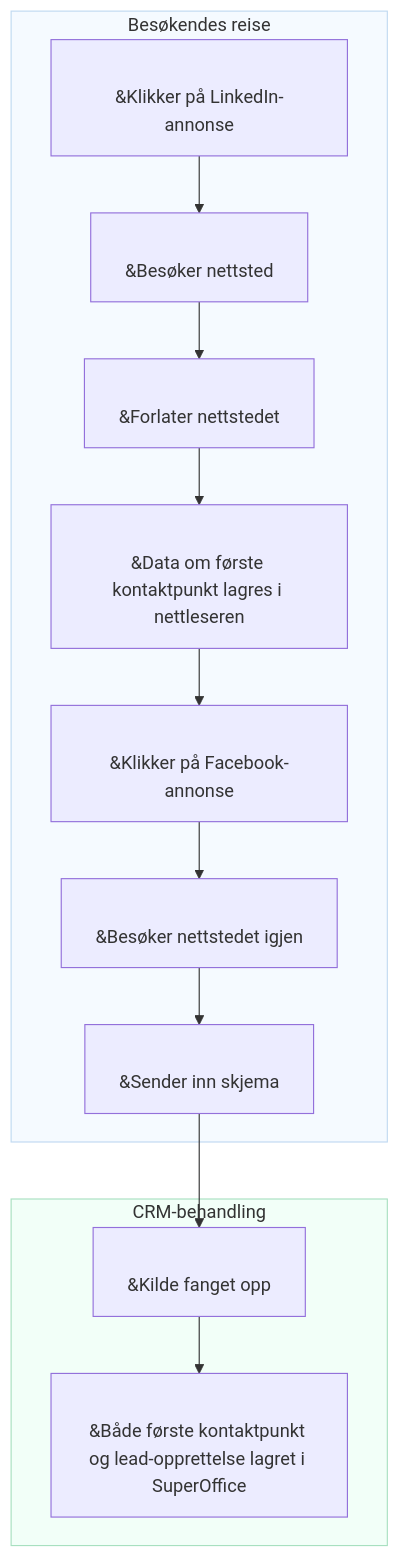
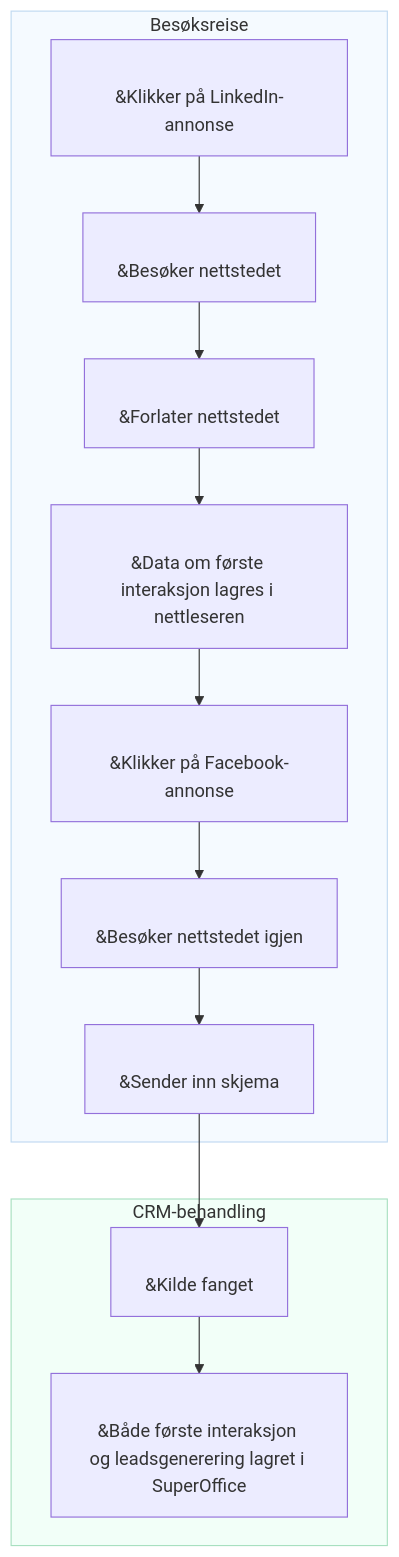
Before and after one commit to SuperOfficeDocs/superoffice-docs: the diagram in docs/no/marketing/utm/learn/index.md, drawn with Mermaid. The commit also changed other lines of this file and 6 other files, not shown here.

````diff
--- a/docs/no/marketing/utm/learn/index.md
+++ b/docs/no/marketing/utm/learn/index.md
@@ -57,19 +57,19 @@
 ```mermaid
 flowchart TD
-    subgraph Journey["Besøkendes reise"]
-        A["<br/>&#8203;Klikker på LinkedIn-annonse<br/> "] --> B["<br/>&#8203;Besøker nettsted<br/> "]
+    subgraph Journey["Besøksreise"]
+        A["<br/>&#8203;Klikker på LinkedIn-annonse<br/> "] --> B["<br/>&#8203;Besøker nettstedet<br/> "]
         B --> C["<br/>&#8203;Forlater nettstedet<br/> "]
-        C --> D["<br/>&#8203;Data om første kontaktpunkt lagres i nettleseren<br/> "]
+        C --> D["<br/>&#8203;Data om første interaksjon lagres i nettleseren<br/> "]
         D --> E["<br/>&#8203;Klikker på Facebook-annonse<br/> "]
         E --> F["<br/>&#8203;Besøker nettstedet igjen<br/> "]
         F --> G["<br/>&#8203;Sender inn skjema<br/> "]
     end
 
     subgraph CRM["CRM-behandling"]
-        G --> H["<br/>&#8203;Kilde fanget opp<br/> "]
-        H --> I["<br/>&#8203;Både første kontaktpunkt og lead-opprettelse lagret i SuperOffice<br/> "]
+        G --> H["<br/>&#8203;Kilde fanget<br/> "]
+        H --> I["<br/>&#8203;Både første interaksjon og leadsgenerering lagret i SuperOffice<br/> "]
     end
 
     style Journey fill:#f5faff,stroke:#c0d9f1,stroke-width:1px
     style CRM fill:#f2fff8,stroke:#a8e0c0,stroke-width:1px
 ```
````
